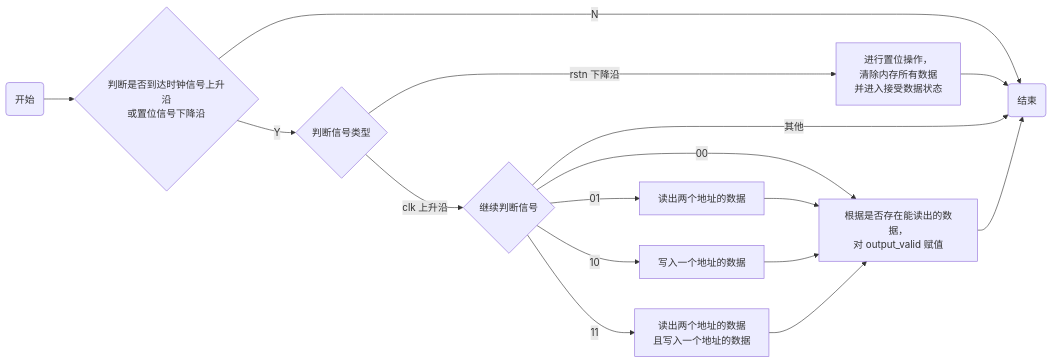
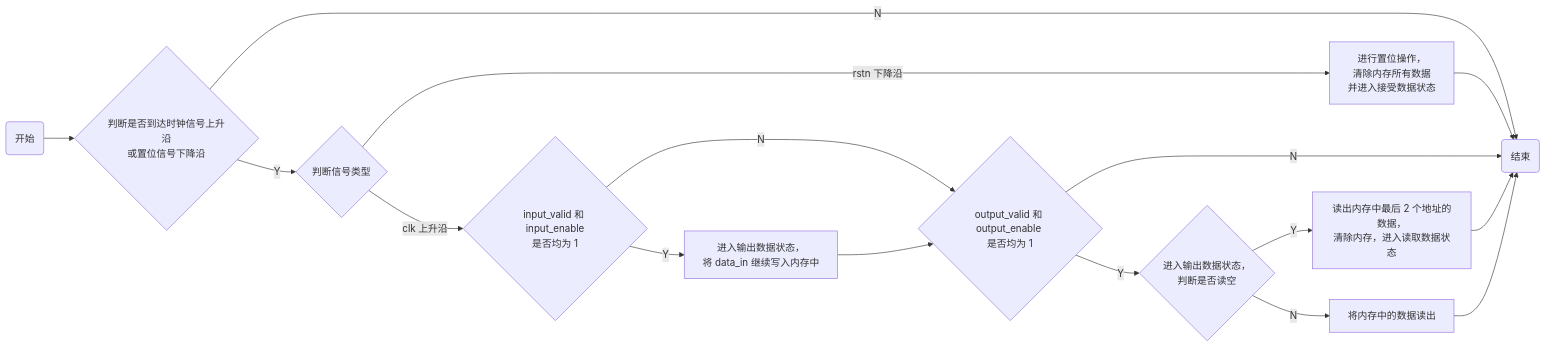
One commit to LucasLan666666/Digital-Circuits-code changed the second of 2 diagrams in 4/README.md. Above: the diagram before and after it, drawn with Mermaid. The commit also changed other lines of this file and 4 other files, not shown here.

````diff
--- a/4/README.md
+++ b/4/README.md
@@ -68,16 +55,17 @@
 ```mermaid
 flowchart LR
-A(开始) --> B{判断是否到达时钟信号上升沿<br/>或置位信号下降沿}
-B -->|N| End(结束)
-B -->|Y| D{判断信号类型}
-D -->|clk 上升沿| E{继续判断信号}
-D -->|rstn 下降沿| F[进行置位操作，<br/>清除内存所有数据<br/>并进入接受数据状态]
+A("开始") --> B{"判断是否到达时钟信号上升沿<br/>或置位信号下降沿"}
+B -->|N| End("结束")
+B -->|Y| D{"判断信号类型"}
+D -->|"clk 上升沿"| E{"input_valid 和 input_enable<br/>是否均为 1"}
+D -->|"rstn 下降沿"| F["进行置位操作，<br/>清除内存所有数据<br/>并进入接受数据状态"]
 F --> End
-E -->|其他| End
-E -->|00| G[根据是否存在能读出的数据，<br/>对 output_valid 赋值]
-E -->|01| F1[读出两个地址的数据]
-E -->|10| F2[写入一个地址的数据]
-E -->|11| F3[读出两个地址的数据<br/>且写入一个地址的数据]
-F1 & F2 & F3 --> G
-G --> End
+E -->|Y| I1["进入输出数据状态，<br/>将 data_in 继续写入内存中"]
+E -->|N| G3{"output_valid 和 output_enable <br/>是否均为 1"}
+I1 --> G3
+G3 -->|Y| G2{"进入输出数据状态，<br/>判断是否读空"}
+G3 -->|N| End
+G2 -->|Y| H2["读出内存中最后 2 个地址的数据，<br/>清除内存，进入读取数据状态"]
+G2 -->|N| I2["将内存中的数据读出"]
+H2 & I2 --> End
 ```
````
